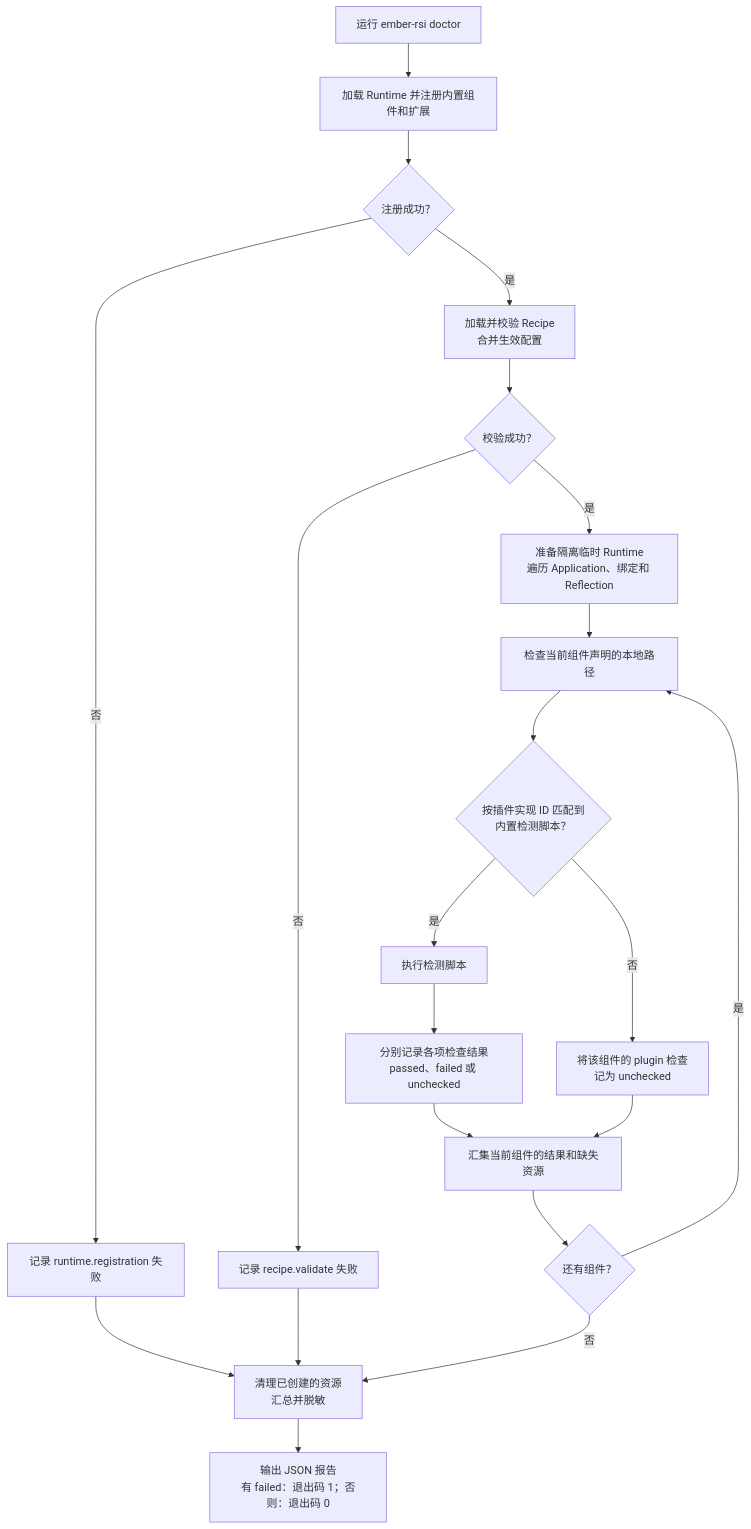
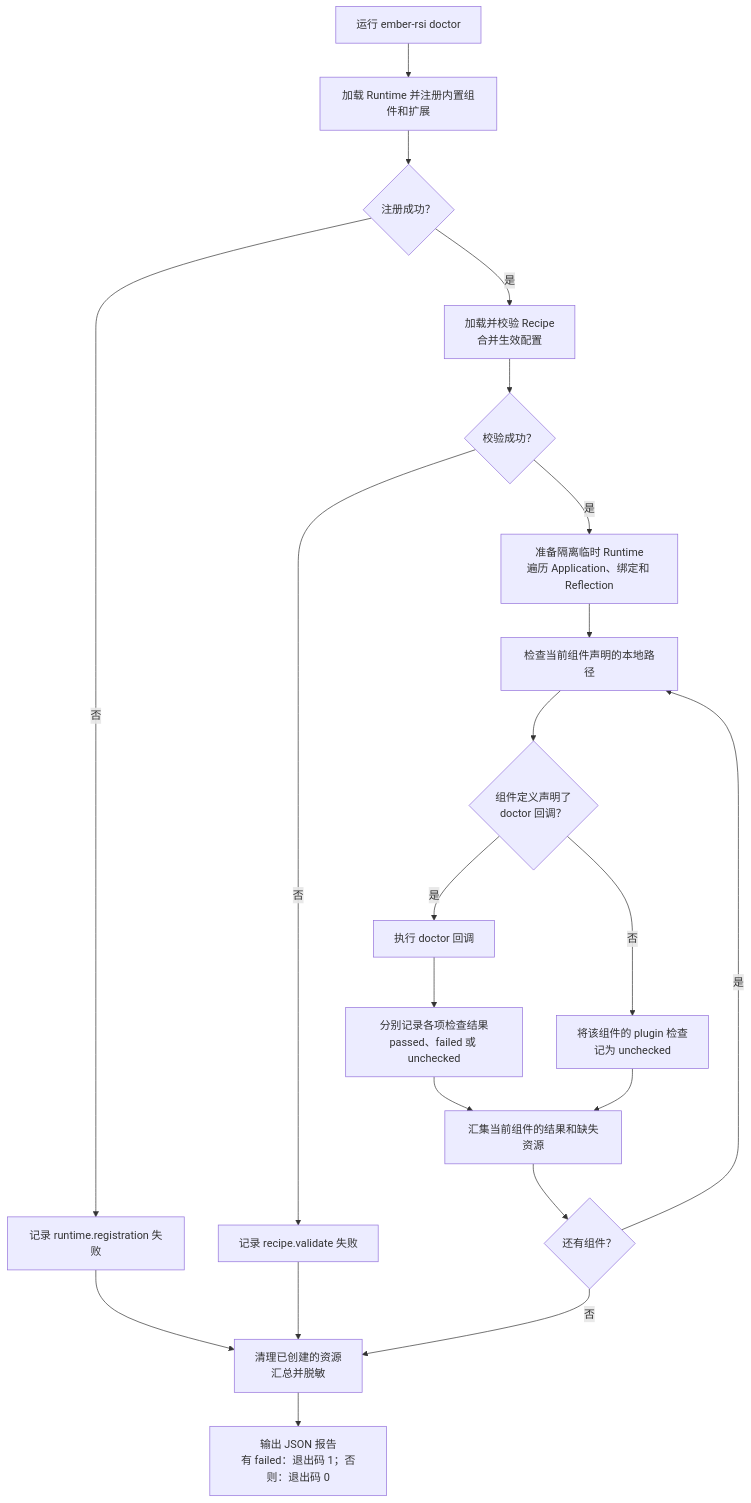
Before and after one commit to ARSI-LAB/ARSI: the diagram in docs/users/guides/doctor_zh.md, drawn with Mermaid. The commit also changed other lines of this file and 1 other file, not shown here.

Commit message:
[docs] Sync bilingual doctor guides

````diff
--- a/docs/users/guides/doctor_zh.md
+++ b/docs/users/guides/doctor_zh.md
@@ -23,23 +25,23 @@
 ```mermaid
 flowchart TD
     A["运行 ember-rsi doctor"] --> B["加载 Runtime 并注册内置组件和扩展"]
     B --> C{"注册成功？"}
     C -- 否 --> D["记录 runtime.registration 失败"]
     C -- 是 --> E["加载并校验 Recipe<br/>合并生效配置"]
     E --> F{"校验成功？"}
     F -- 否 --> G["记录 recipe.validate 失败"]
     F -- 是 --> H["准备隔离临时 Runtime<br/>遍历 Application、绑定和 Reflection"]
     H --> I["检查当前组件声明的本地路径"]
-    I --> J{"按插件实现 ID 匹配到<br/>内置检测脚本？"}
-    J -- 是 --> K["执行检测脚本"]
+    I --> J{"组件定义声明了<br/>doctor 回调？"}
+    J -- 是 --> K["执行 doctor 回调"]
     K --> Q["分别记录各项检查结果<br/>passed、failed 或 unchecked"]
     J -- 否 --> L["将该组件的 plugin 检查<br/>记为 unchecked"]
     Q --> M["汇集当前组件的结果和缺失资源"]
     L --> M
     M --> N{"还有组件？"}
     N -- 是 --> I
     N -- 否 --> O["清理已创建的资源<br/>汇总并脱敏"]
     D --> O
     G --> O
     O --> P["输出 JSON 报告<br/>有 failed：退出码 1；否则：退出码 0"]
 ```
````
